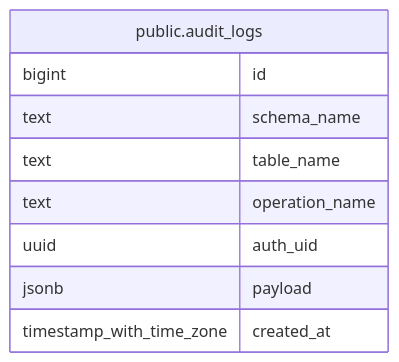
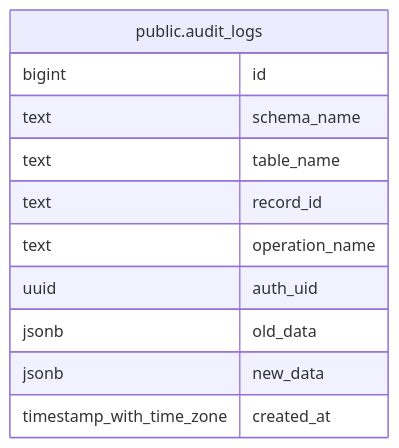
The diagram in docs/db/tbls/public.audit_logs.md (icristianhernandez/academic-service-backend), drawn with Mermaid before and after one commit. The commit also changed other lines of this file and 5 other files, not shown here.

First line of the commit message:
refactor(audit_logs): split payload into old/new data, add record_id, index

````diff
--- a/docs/db/tbls/public.audit_logs.md
+++ b/docs/db/tbls/public.audit_logs.md
@@ -33,14 +36,16 @@
 ```mermaid
 erDiagram
 
 
 "public.audit_logs" {
   bigint id ""
   text schema_name ""
   text table_name ""
+  text record_id ""
   text operation_name ""
   uuid auth_uid ""
-  jsonb payload ""
+  jsonb old_data ""
+  jsonb new_data ""
   timestamp_with_time_zone created_at ""
 }
 ```
````
